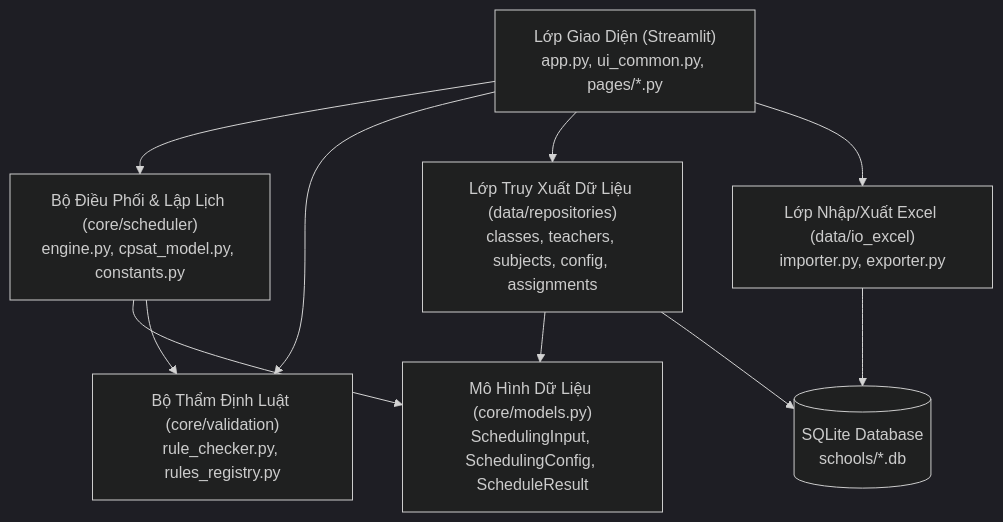
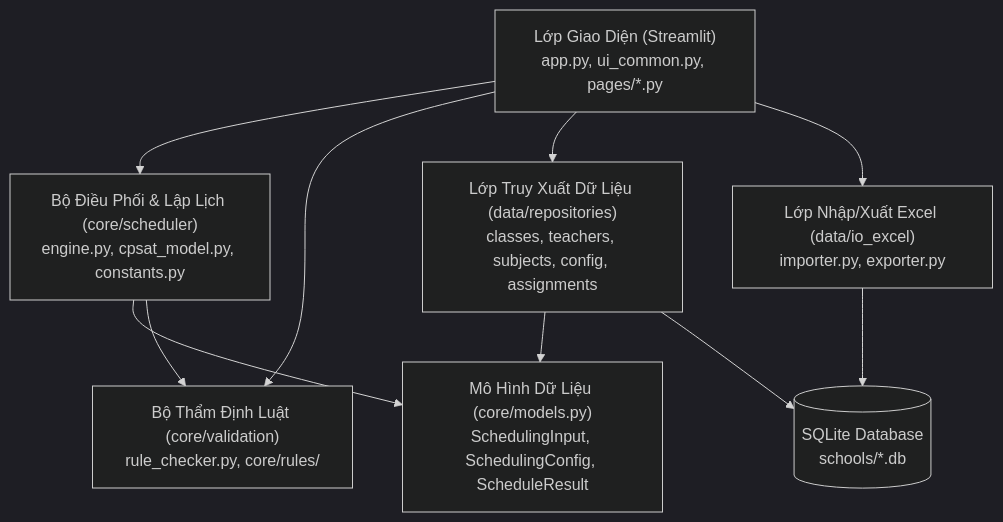
Before and after one commit to setsuna1995/tkb_app: the first of 2 diagrams in ARCHITECTURE.md, drawn with Mermaid (dark theme). The commit also changed other lines of this file and 5 other files, not shown here.

````diff
--- a/ARCHITECTURE.md
+++ b/ARCHITECTURE.md
@@ -11,13 +11,13 @@
 ```mermaid
 graph TD
     UI["Lớp Giao Diện (Streamlit)<br/>app.py, ui_common.py, pages/*.py"] --> CoreSched["Bộ Điều Phối & Lập Lịch (core/scheduler)<br/>engine.py, cpsat_model.py, constants.py"]
-    UI --> CoreVal["Bộ Thẩm Định Luật (core/validation)<br/>rule_checker.py, rules_registry.py"]
+    UI --> CoreVal["Bộ Thẩm Định Luật (core/validation)<br/>rule_checker.py, core/rules/"]
     UI --> DataRepo["Lớp Truy Xuất Dữ Liệu (data/repositories)<br/>classes, teachers, subjects, config, assignments"]
     UI --> IOExcel["Lớp Nhập/Xuất Excel (data/io_excel)<br/>importer.py, exporter.py"]
 
     CoreSched --> CoreModels["Mô Hình Dữ Liệu (core/models.py)<br/>SchedulingInput, SchedulingConfig, ScheduleResult"]
     CoreSched --> CoreVal
     DataRepo --> CoreModels
     DataRepo --> SQLite[(SQLite Database<br/>schools/*.db)]
     IOExcel --> SQLite
 ```
````
